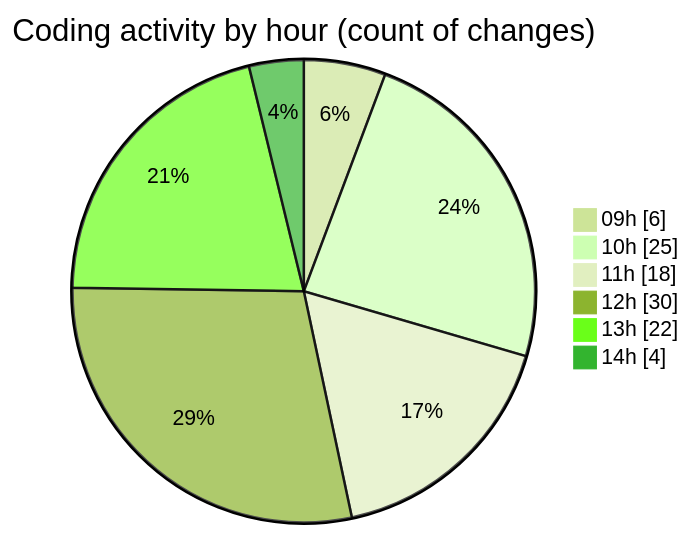
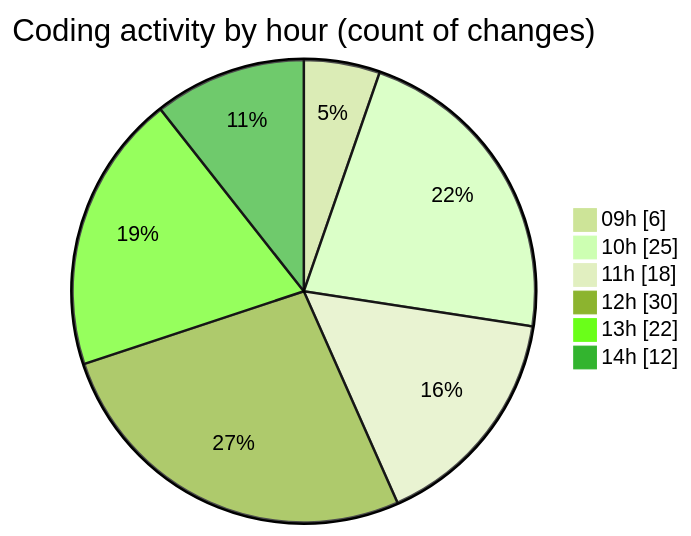
One commit to momahboobian/code-tracking changed the second of 2 diagrams in 2026-10-30/cda/README.md. Above: the diagram before and after it, drawn with Mermaid (forest theme). The commit also changed other lines of this file and 1 other file, not shown here.

````diff
--- a/2026-10-30/cda/README.md
+++ b/2026-10-30/cda/README.md
@@ -46,10 +49,10 @@
 ```mermaid
 pie showData
 title Coding activity by hour (count of changes)
 "09h" : 6
 "10h" : 25
 "11h" : 18
 "12h" : 30
 "13h" : 22
-"14h" : 4
+"14h" : 12
 ```
````
